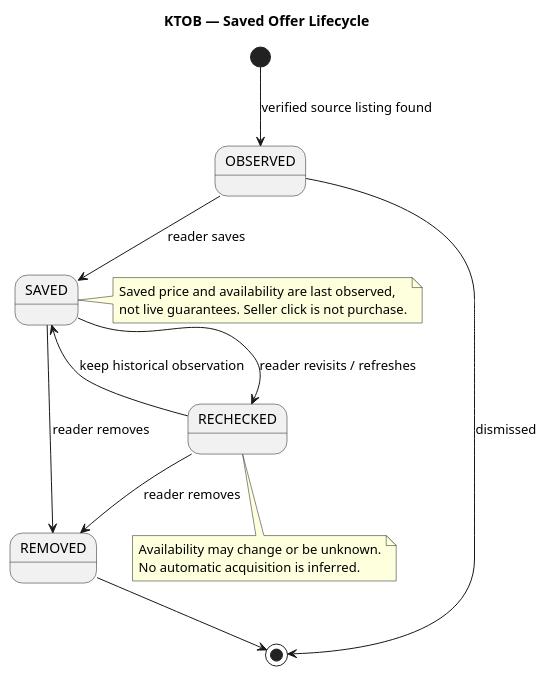
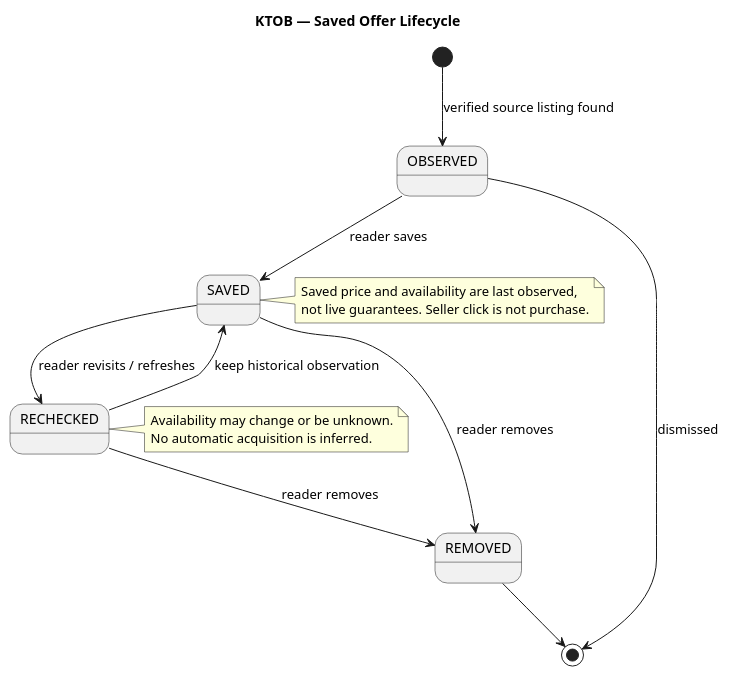
The diagram in docs/uml/16-state-offer.puml (Adam-BArbia/ktob-literary-companion), drawn with PlantUML before and after one commit. The commit also changed 4 other files, not shown here.

Commit message:
docs(uml): repair PlantUML syntax and add rendering validation workflow

```diff
--- a/docs/uml/16-state-offer.puml
+++ b/docs/uml/16-state-offer.puml
@@ -1,19 +1,19 @@
 @startuml
 title KTOB — Saved Offer Lifecycle
 [*] --> OBSERVED : verified source listing found
 OBSERVED --> SAVED : reader saves
 OBSERVED --> [*] : dismissed
 SAVED --> RECHECKED : reader revisits / refreshes
 RECHECKED --> SAVED : keep historical observation
 SAVED --> REMOVED : reader removes
 RECHECKED --> REMOVED : reader removes
 REMOVED --> [*]
 note right of SAVED
 Saved price and availability are last observed,
 not live guarantees. Seller click is not purchase.
 end note
-note bottom of RECHECKED
+note right of RECHECKED
 Availability may change or be unknown.
 No automatic acquisition is inferred.
 end note
 @enduml
```
